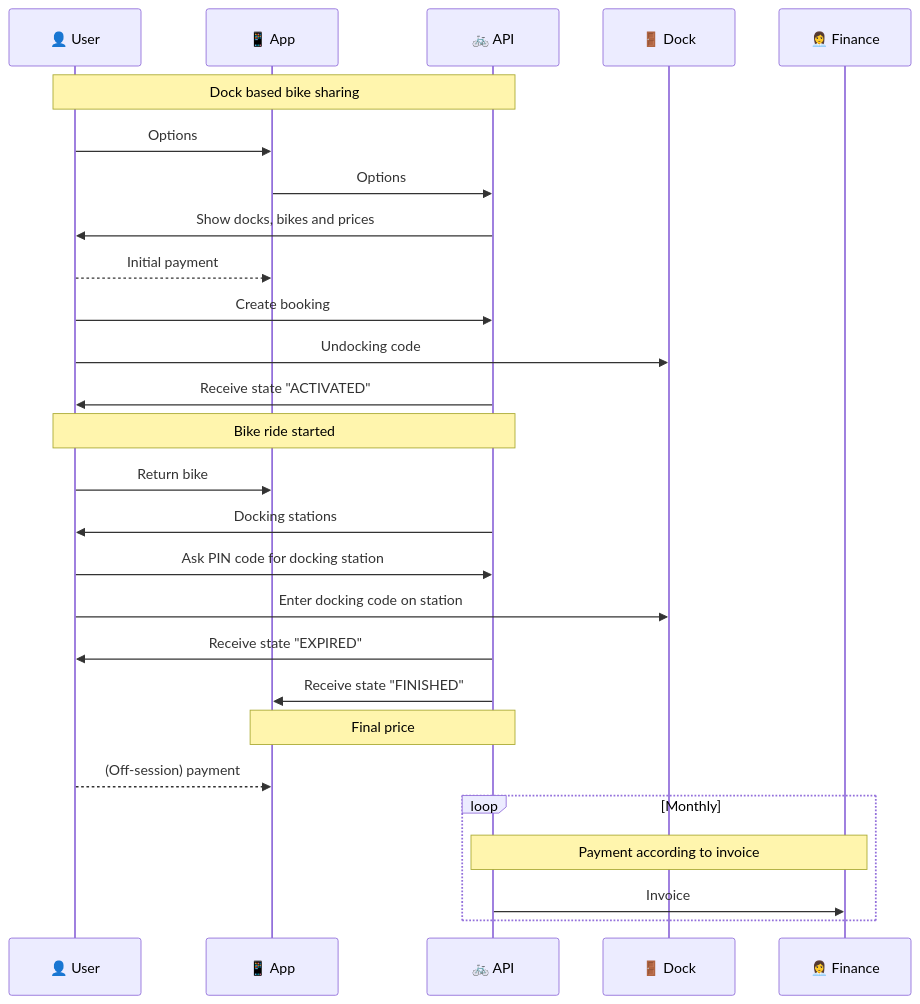
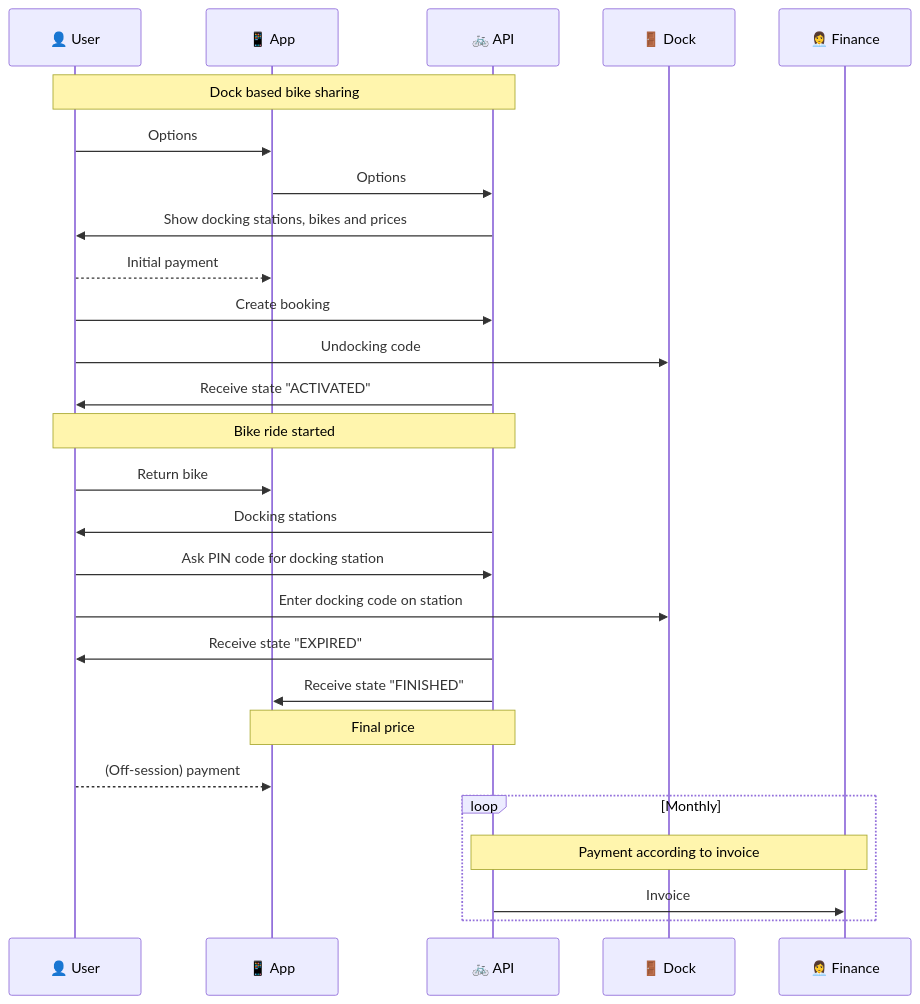
One commit to huksley/maas-tsp-api changed the diagram in specs/workflow/docked-bike-sequence.mmd. Above: the diagram before and after it, drawn with Mermaid. The commit also changed 12 other files, not shown here.

```diff
--- a/specs/workflow/docked-bike-sequence.mmd
+++ b/specs/workflow/docked-bike-sequence.mmd
@@ -1,30 +1,30 @@
 sequenceDiagram
   %% MermaidJS sequences for docked bike interaction
   %% Use https://mermaid-js.github.io/mermaid-live-editor/ to edit
   %% For docking and undocking a bike you need to provide a PIN code 
   participant User as 👤 User
   participant App as 📱 App
   participant TSP as 🚲 API
   participant Dock as 🚪 Dock
   participant Finance as 👩‍💼 Finance
   Note over User,TSP: Dock based bike sharing
   User->>App: Options
   App->>TSP: Options
-  TSP->>User: Show docks, bikes and prices
+  TSP->>User: Show docking stations, bikes and prices
   User-->>App: Initial payment
   User->>TSP: Create booking
   User->>Dock: Undocking code
   TSP->>User: Receive state "ACTIVATED"
   Note over User,TSP: Bike ride started
   User->>App: Return bike
   TSP->>User: Docking stations
   User->>TSP: Ask PIN code for docking station
   User->>Dock: Enter docking code on station
   TSP->>User: Receive state "EXPIRED"
   TSP->>App: Receive state "FINISHED"
   Note over App,TSP: Final price
   User-->>App: (Off-session) payment
   loop Monthly
     Note over TSP,Finance: Payment according to invoice
     TSP->>Finance: Invoice 
   end
```
